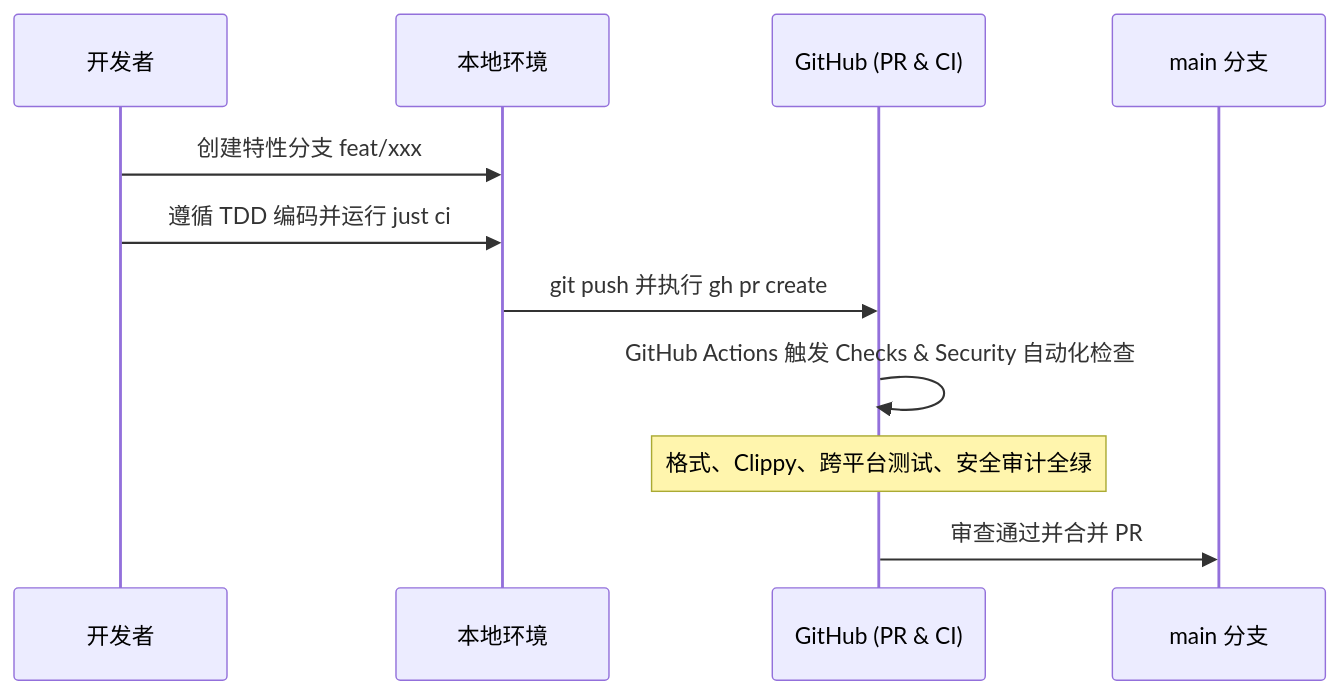
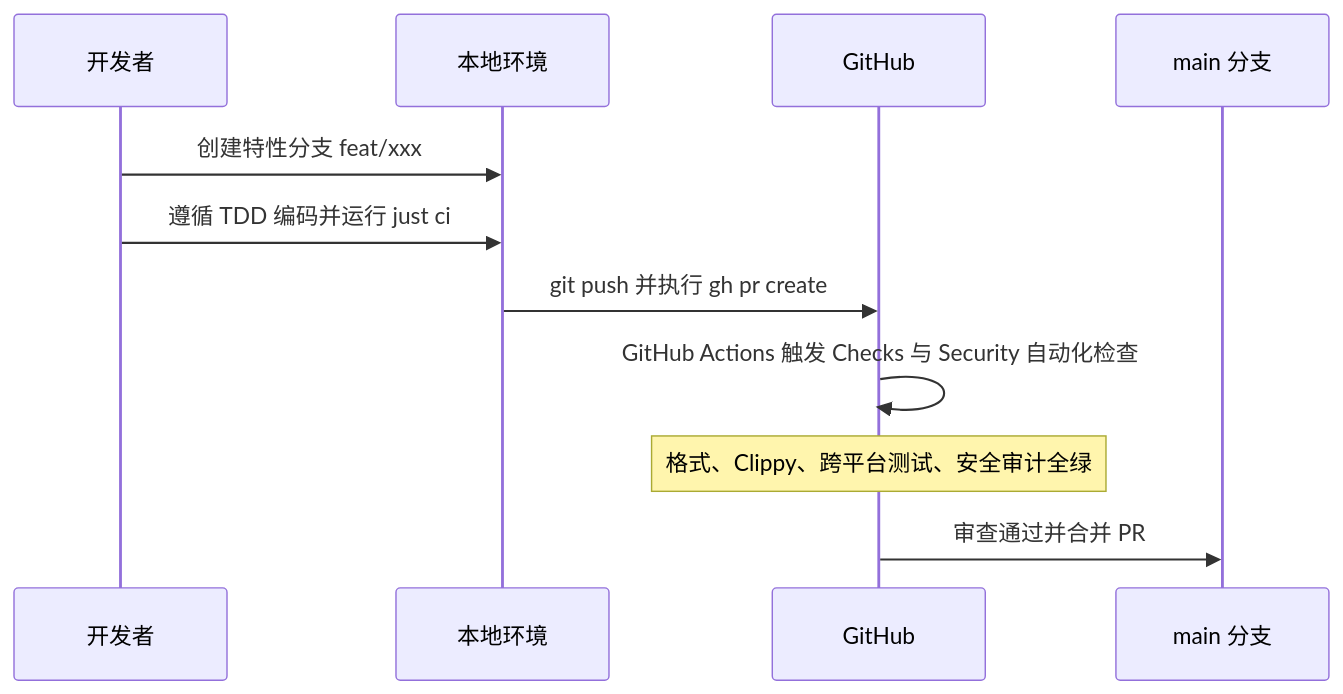
Before and after one commit to 0xTimi2233/md-outline: the first of 2 diagrams in CONTRIBUTING.md, drawn with Mermaid. The commit also changed other lines of this file and 10 other files, not shown here.

````diff
--- a/CONTRIBUTING.md
+++ b/CONTRIBUTING.md
@@ -34,14 +34,14 @@
 ```mermaid
 sequenceDiagram
     participant Dev as 开发者
     participant Local as 本地环境
-    participant Remote as GitHub (PR & CI)
+    participant Remote as GitHub
     participant Main as main 分支
 
     Dev->>Local: 创建特性分支 feat/xxx
     Dev->>Local: 遵循 TDD 编码并运行 just ci
     Local->>Remote: git push 并执行 gh pr create
-    Remote->>Remote: GitHub Actions 触发 Checks & Security 自动化检查
+    Remote->>Remote: GitHub Actions 触发 Checks 与 Security 自动化检查
     Note over Remote: 格式、Clippy、跨平台测试、安全审计全绿
     Remote->>Main: 审查通过并合并 PR
 ```
````
